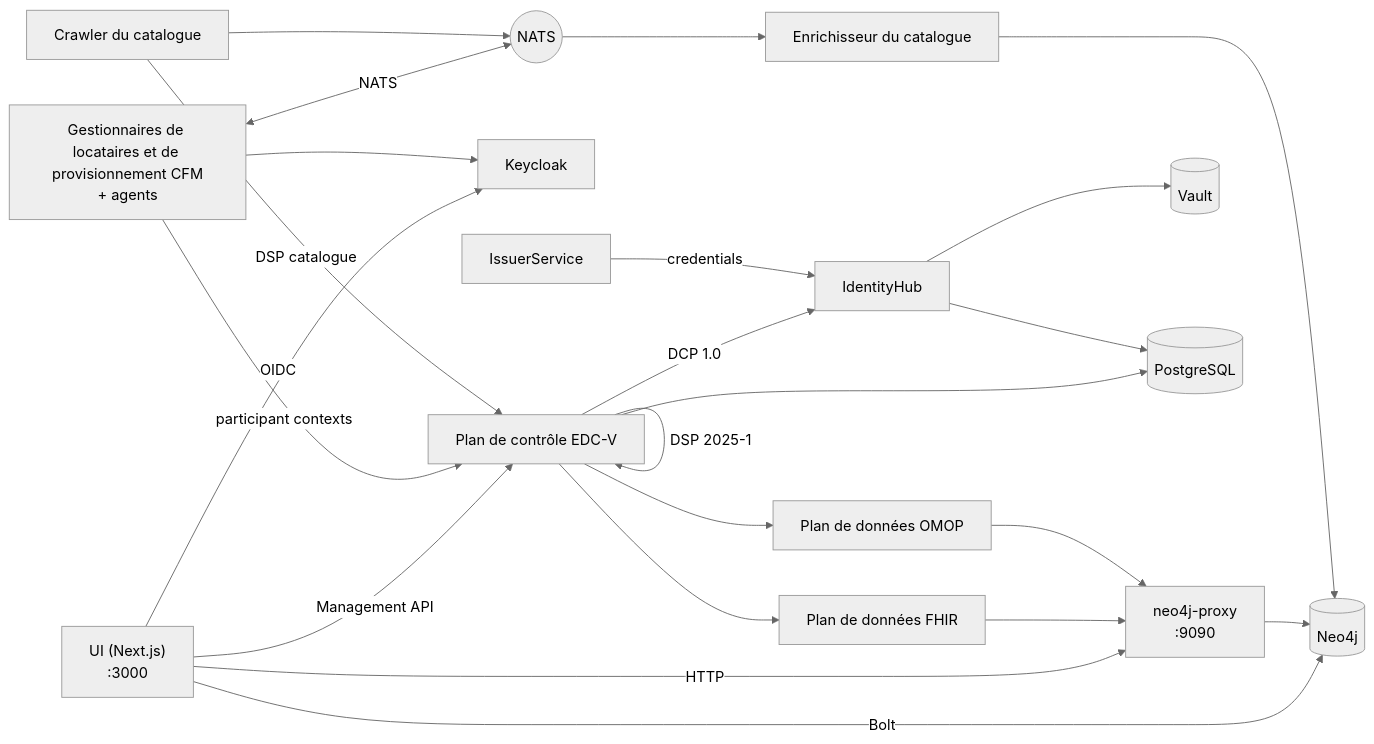
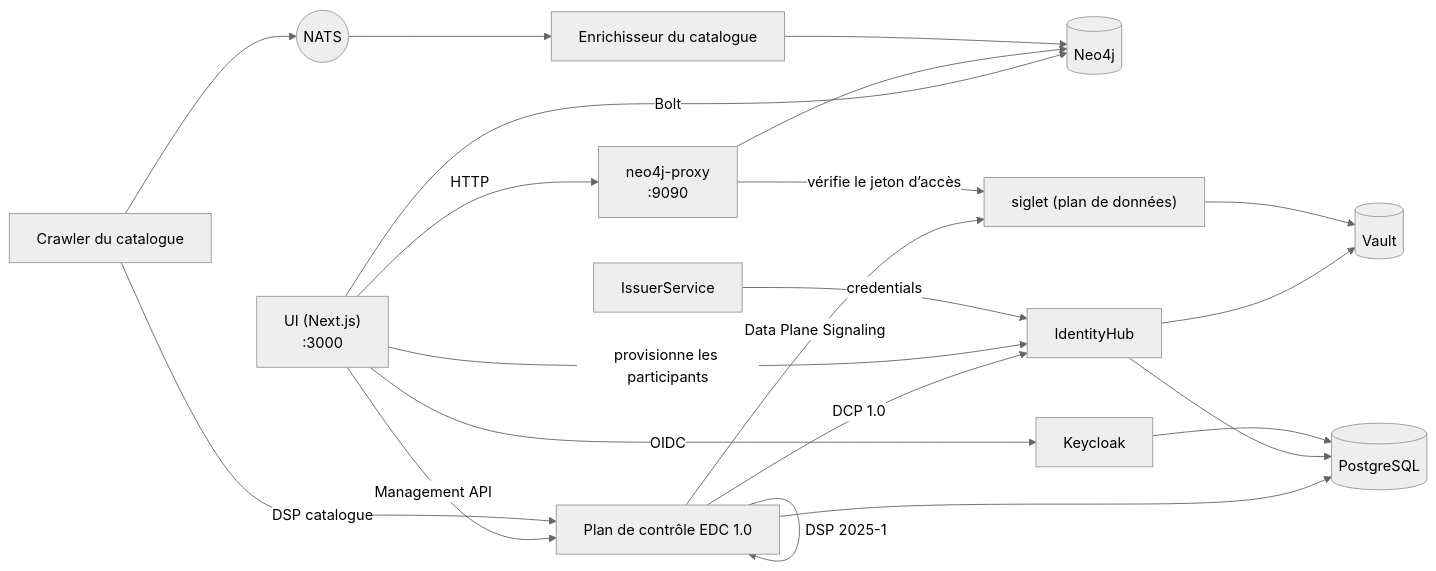
Before and after one commit to ma3u/MinimumViableHealthDataspacev2: the diagram in docs/i18n/fr/developer/stack-and-environment.md, drawn with Mermaid (neutral theme). The commit also changed other lines of this file and 56 other files, not shown here.

````diff
--- a/docs/i18n/fr/developer/stack-and-environment.md
+++ b/docs/i18n/fr/developer/stack-and-environment.md
@@ -64,25 +64,23 @@
 ```mermaid
 flowchart LR
     UI["UI (Next.js)<br/>:3000"] -->|Bolt| NEO[(Neo4j)]
     UI -->|HTTP| PROXY["neo4j-proxy<br/>:9090"]
-    UI -->|Management API| CP["Plan de contrôle EDC-V"]
+    UI -->|Management API| CP["Plan de contrôle EDC 1.0"]
     UI -->|OIDC| KC["Keycloak"]
     PROXY --> NEO
     CP -->|DSP 2025-1| CP
-    CP --> DPF["Plan de données FHIR"]
-    CP --> DPO["Plan de données OMOP"]
-    DPF --> PROXY
-    DPO --> PROXY
+    CP -->|Data Plane Signaling| SIG["siglet (plan de données)"]
+    PROXY -->|vérifie le jeton d’accès| SIG
     CP -->|DCP 1.0| IH["IdentityHub"]
+    UI -->|provisionne les participants| IH
     IS["IssuerService"] -->|credentials| IH
     IH --> VAULT[("Vault")]
-    CFM["Gestionnaires de locataires et de provisionnement CFM<br/>+ agents"] -->|participant contexts| CP
-    CFM --> KC
-    CFM <-->|NATS| NATS(("NATS"))
+    SIG --> VAULT
     CRAWL["Crawler du catalogue"] -->|DSP catalogue| CP
-    CRAWL --> NATS
+    CRAWL --> NATS(("NATS"))
     NATS --> ENR["Enrichisseur du catalogue"]
     ENR --> NEO
     CP --> PG[("PostgreSQL")]
     IH --> PG
+    KC --> PG
 ```
````
